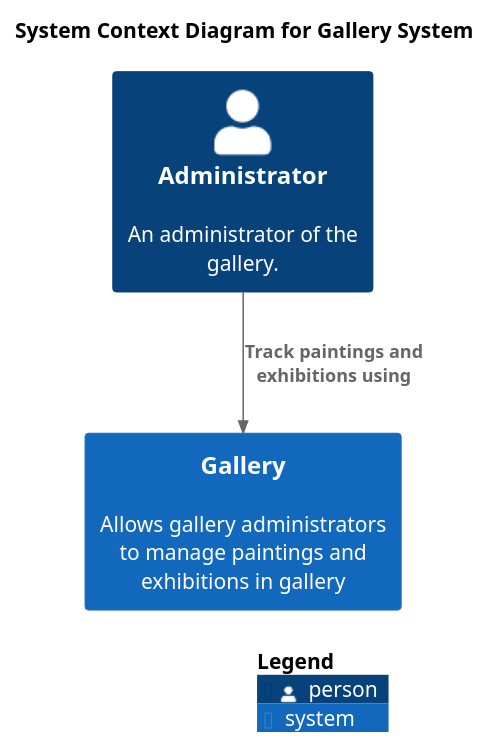
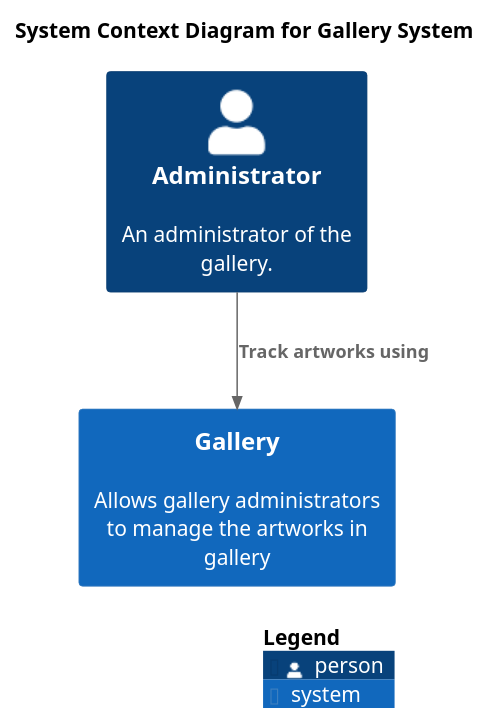
One commit to Mila5847/GalleryMicroserviceArchitecture changed the diagram in diagrams/gallery_context_diagram.puml. Above: the diagram before and after it, drawn with PlantUML. The commit also changed 4 other files, not shown here.

```diff
--- a/diagrams/gallery_context_diagram.puml
+++ b/diagrams/gallery_context_diagram.puml
@@ -1,11 +1,11 @@
 @startuml
 !includeurl https://raw.githubusercontent.com/RicardoNiepel/C4-PlantUML/master/C4_Context.puml
 
 title System Context Diagram for Gallery System
 
 Person(employee, "Administrator", "An administrator of the gallery.")
-System(system, "Gallery", "Allows gallery administrators to manage paintings and exhibitions in gallery")
+System(system, "Gallery", "Allows gallery administrators to manage the artworks in gallery")
 
-Rel(employee, system, "Track paintings and exhibitions using")
+Rel(employee, system, "Track artworks using")
 SHOW_LEGEND()
 @enduml
```
